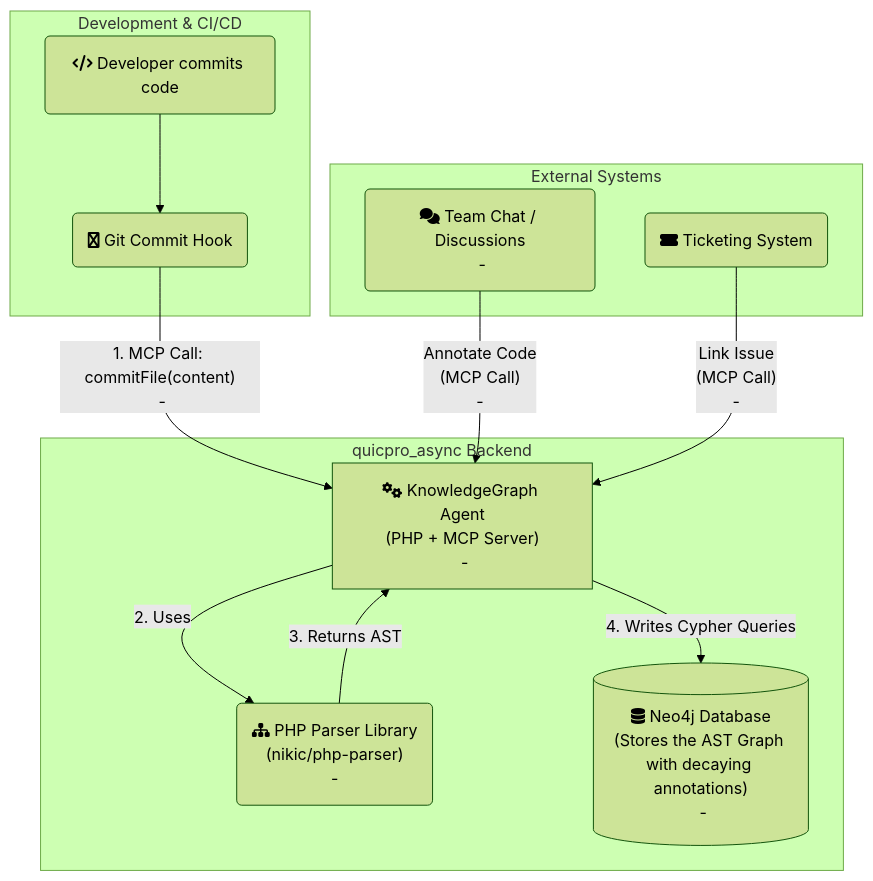
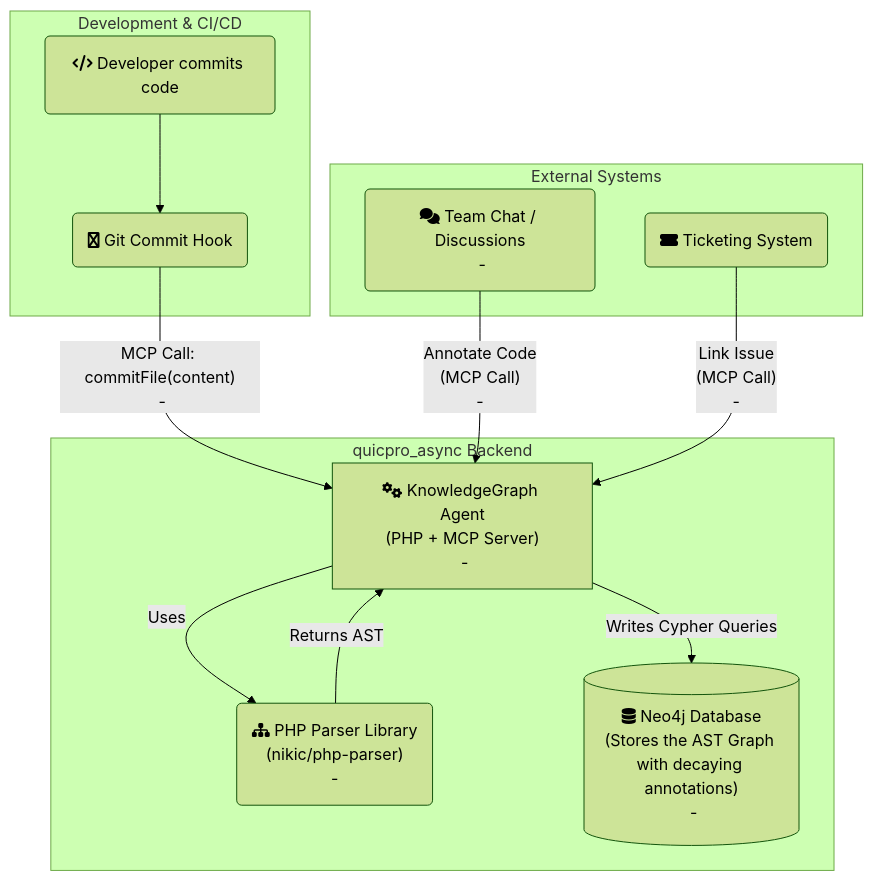
One commit to Intelligent-Intern/quicpro_async changed the fourth of 4 diagrams in docs/SERVER.md. Above: the diagram before and after it, drawn with Mermaid (forest theme).

Commit message:
fix mermaid bug in markdown

```diff
--- a/docs/SERVER.md
+++ b/docs/SERVER.md
@@ -557,30 +557,30 @@
 ~~~mermaid
 graph TD
     subgraph "Development & CI/CD"
         A(fa:fa-code Developer commits code);
         B(fa:fa-git-alt Git Commit Hook);
         A --> B;
     end
 
     subgraph "quicpro_async Backend"
         C["fa:fa-cogs KnowledgeGraph Agent<br/>(PHP + MCP Server)<br/> - "];
         D("fa:fa-sitemap PHP Parser Library<br/>(nikic/php-parser)<br/> - ");
         E[("fa:fa-database Neo4j Database<br/>(Stores the AST Graph with decaying annotations)<br/> - ")];
     end
 
     subgraph "External Systems"
        F("fa:fa-comments Team Chat / Discussions<br/> - ");
        G(fa:fa-ticket-alt Ticketing System);
     end
 
-    B -- "1. MCP Call: commitFile(content)<br/> - " --> C;
-    C -- "2. Uses" --> D;
-    D -- "3. Returns AST" --> C;
-    C -- "4. Writes Cypher Queries" --> E;
+    B -- "MCP Call: commitFile(content)<br/> - " --> C;
+    C -- "Uses" --> D;
+    D -- "Returns AST" --> C;
+    C -- "Writes Cypher Queries" --> E;
     
     F -- "Annotate Code<br/>(MCP Call)<br/> - " --> C;
     G -- "Link Issue<br/>(MCP Call)<br/> - " --> C;
 
     class A,B,F,G external;
     class C,D,E internal;
 ~~~
```
